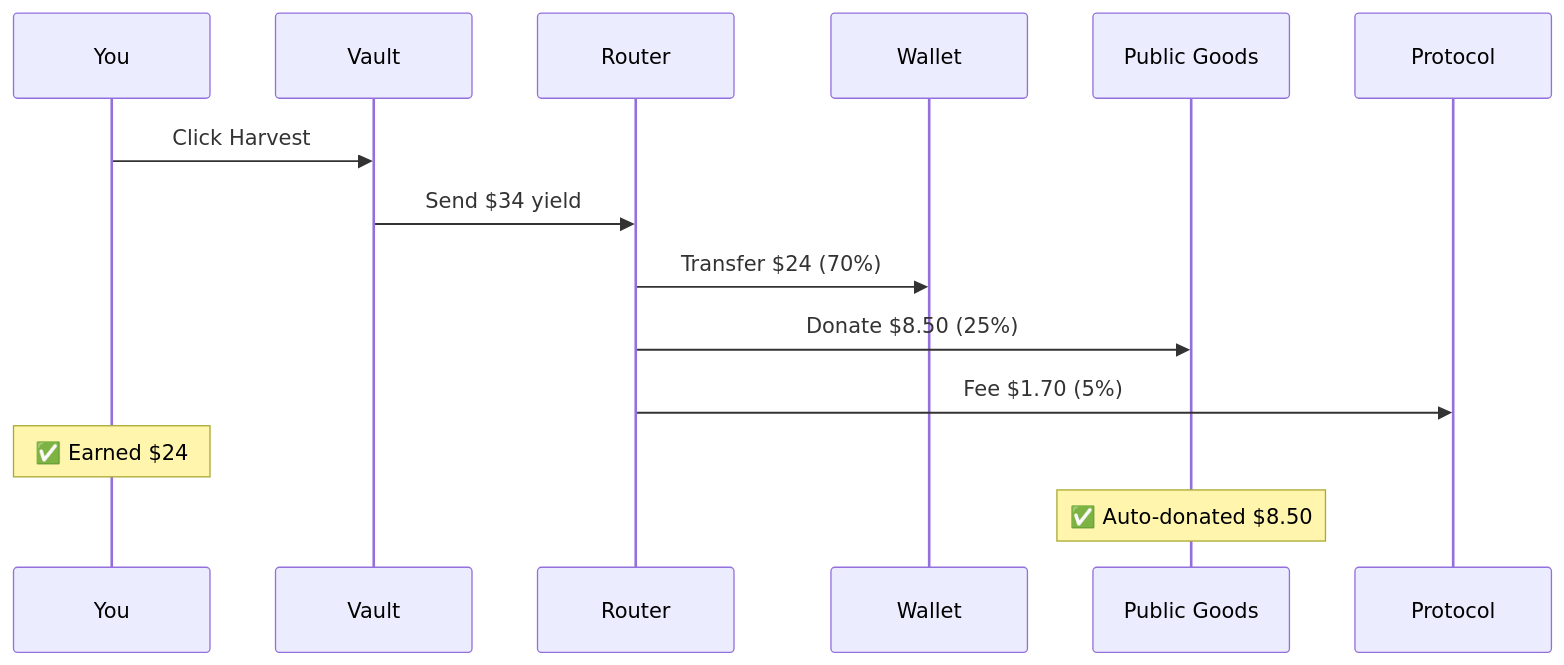
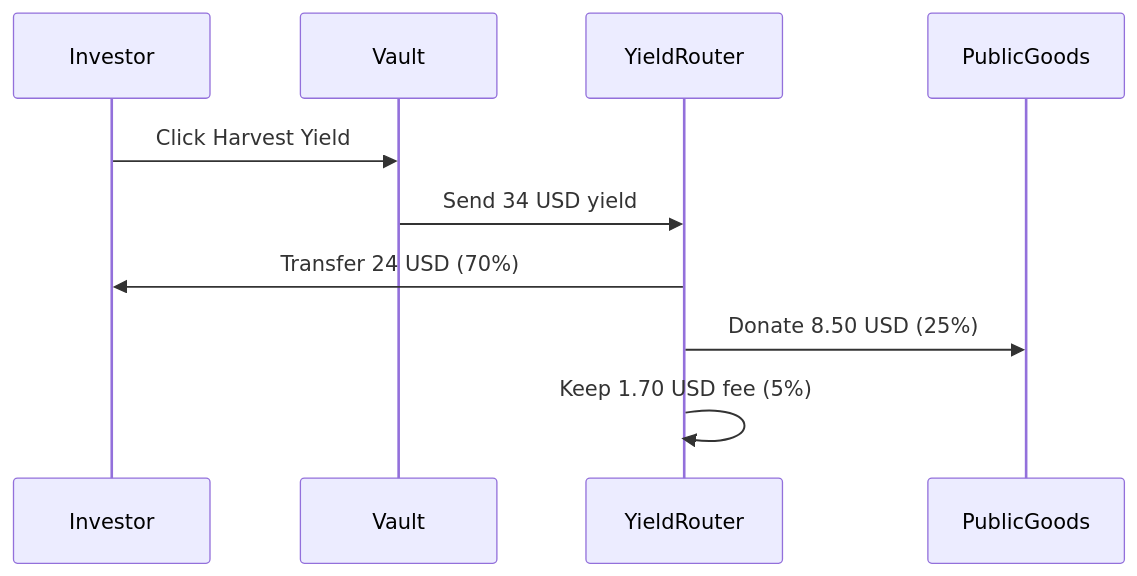
Before and after one commit to yeheskieltame/Aruna: the first of 2 diagrams in docs/how-it-works.md, drawn with Mermaid. The commit also changed other lines of this file and 7 other files, not shown here.

````diff
--- a/docs/how-it-works.md
+++ b/docs/how-it-works.md
@@ -46,16 +46,13 @@
 ```mermaid
 sequenceDiagram
-    participant You
+    participant Investor
     participant Vault
-    participant Router
-    participant Wallet
+    participant YieldRouter
+    participant PublicGoods
 
-    You->>Vault: Click Harvest
-    Vault->>Router: Send $34 yield
-    Router->>Wallet: Transfer $24 (70%)
-    Router->>Public Goods: Donate $8.50 (25%)
-    Router->>Protocol: Fee $1.70 (5%)
-
-    Note over You: ✅ Earned $24
-    Note over Public Goods: ✅ Auto-donated $8.50
+    Investor->>Vault: Click Harvest Yield
+    Vault->>YieldRouter: Send 34 USD yield
+    YieldRouter->>Investor: Transfer 24 USD (70%)
+    YieldRouter->>PublicGoods: Donate 8.50 USD (25%)
+    YieldRouter->>YieldRouter: Keep 1.70 USD fee (5%)
 ```
````
